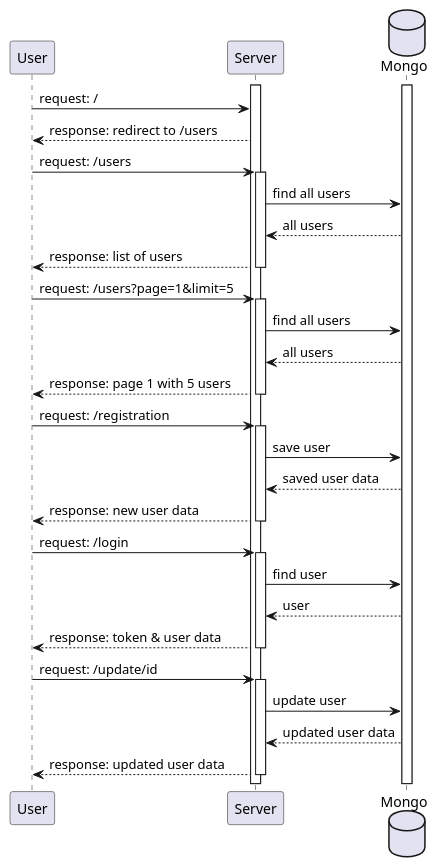
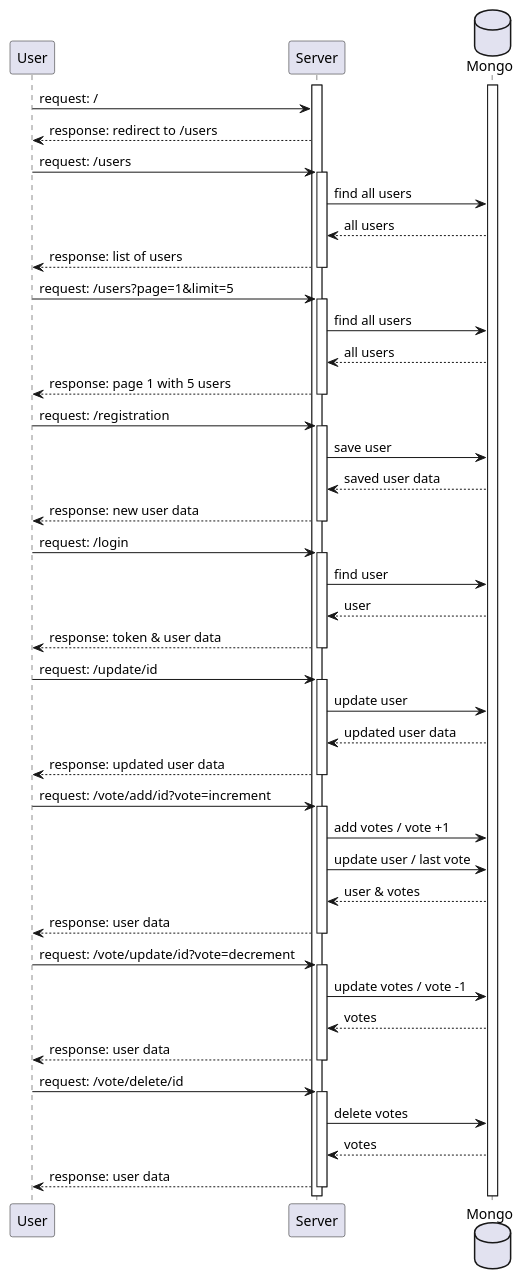
The diagram in doc/flows.puml (KhitrovMaksim/nodejs-user-management-rating), drawn with PlantUML before and after one commit. The commit also changed 4 other files, not shown here.

```diff
--- a/doc/flows.puml
+++ b/doc/flows.puml
@@ -1,39 +1,67 @@
 @startuml
 participant User   order 10
 participant Server order 30
 database    Mongo  order 40
 activate Server
 activate Mongo
 User -> Server : request: /
 Server --> User: response: redirect to /users
+
 User -> Server : request: /users
 activate Server
 Server -> Mongo : find all users
 Mongo --> Server : all users
 Server --> User: response: list of users
 deactivate Server
+
 User -> Server : request: /users?page=1&limit=5
 activate Server
 Server -> Mongo : find all users
 Mongo --> Server : all users
 Server --> User: response: page 1 with 5 users
 deactivate Server
+
 User -> Server : request: /registration
 activate Server
 Server -> Mongo : save user
 Mongo --> Server : saved user data
 Server --> User: response: new user data
 deactivate Server
+
 User -> Server : request: /login
 activate Server
 Server -> Mongo : find user
 Mongo --> Server :  user
 Server --> User: response: token & user data
 deactivate Server
+
 User -> Server : request: /update/id
 activate Server
 Server -> Mongo : update user
 Mongo --> Server : updated user data
 Server --> User: response: updated user data
 deactivate Server
+
+User -> Server : request: /vote/add/id?vote=increment
+activate Server
+Server -> Mongo : add votes / vote +1
+Server -> Mongo : update user / last vote
+Mongo --> Server : user & votes
+Server --> User: response: user data
+deactivate Server
+
+
+User -> Server : request: /vote/update/id?vote=decrement
+activate Server
+Server -> Mongo : update votes / vote -1
+Mongo --> Server : votes
+Server --> User: response: user data
+deactivate Server
+
+User -> Server : request: /vote/delete/id
+activate Server
+Server -> Mongo : delete votes
+Mongo --> Server : votes
+Server --> User: response: user data
+deactivate Server
 @enduml
```
